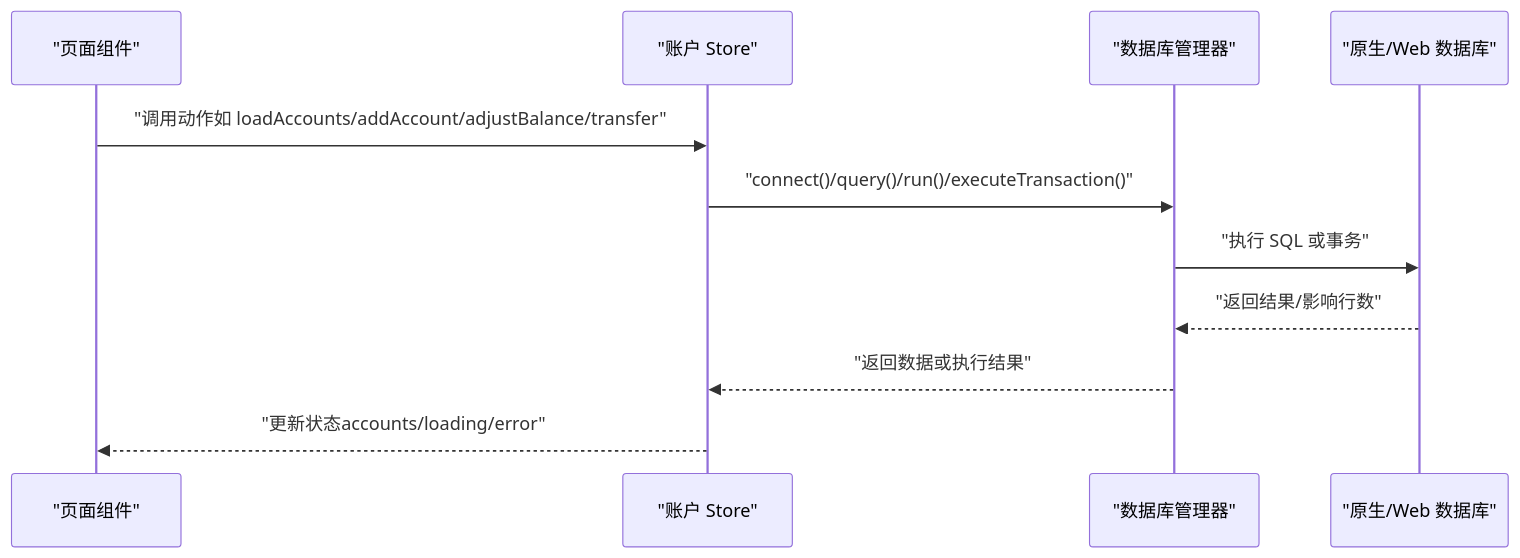
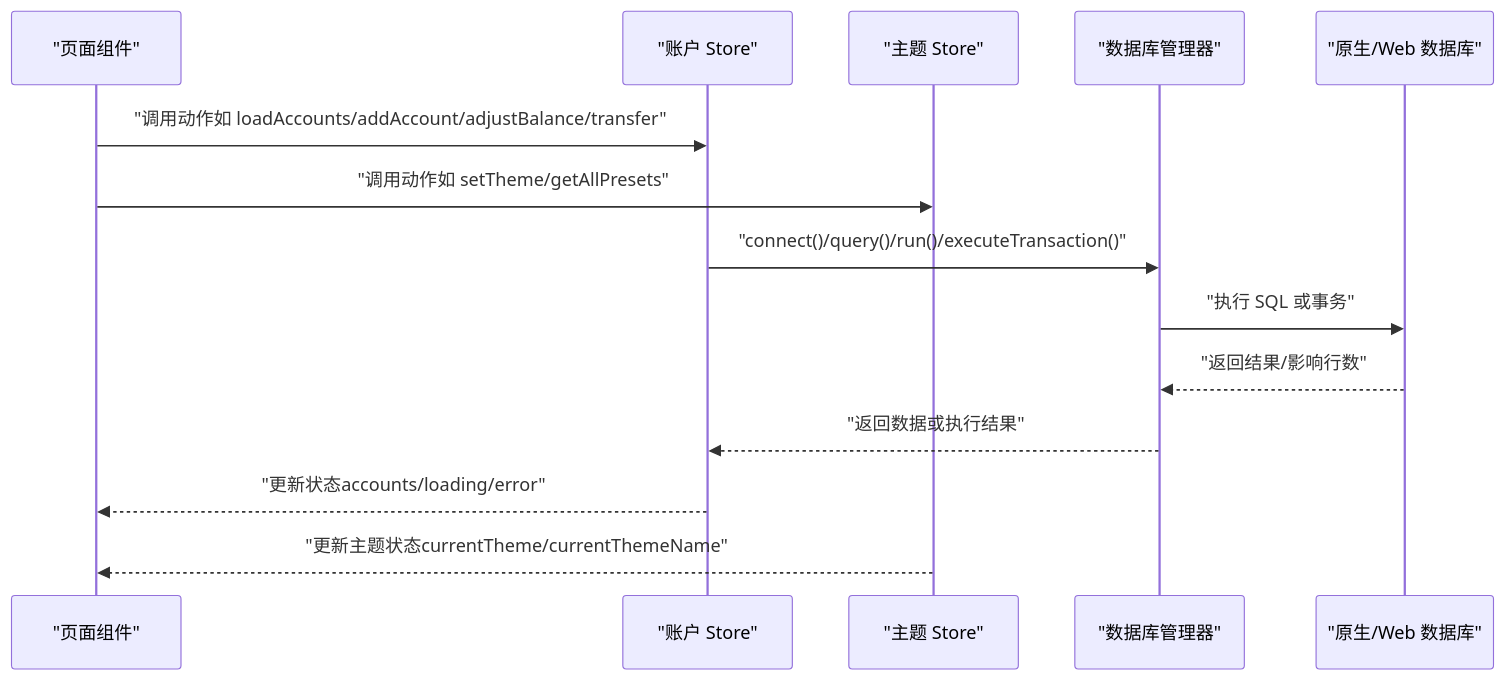
The second of 8 diagrams in .qoder/repowiki/zh/content/状态管理.md (xiao-lin-unit/yuan), drawn with Mermaid before and after one commit. The commit also changed other lines of this file and 7 other files, not shown here.

````diff
--- a/.qoder/repowiki/zh/content/状态管理.md
+++ b/.qoder/repowiki/zh/content/状态管理.md
@@ -87,13 +110,16 @@
 ```mermaid
 sequenceDiagram
 participant UI as "页面组件"
 participant Store as "账户 Store"
+participant ThemeStore as "主题 Store"
 participant DB as "数据库管理器"
 participant Native as "原生/Web 数据库"
 UI->>Store : "调用动作如 loadAccounts/addAccount/adjustBalance/transfer"
+UI->>ThemeStore : "调用动作如 setTheme/getAllPresets"
 Store->>DB : "connect()/query()/run()/executeTransaction()"
 DB->>Native : "执行 SQL 或事务"
 Native-->>DB : "返回结果/影响行数"
 DB-->>Store : "返回数据或执行结果"
 Store-->>UI : "更新状态accounts/loading/error"
+ThemeStore-->>UI : "更新主题状态currentTheme/currentThemeName"
 ```
````
